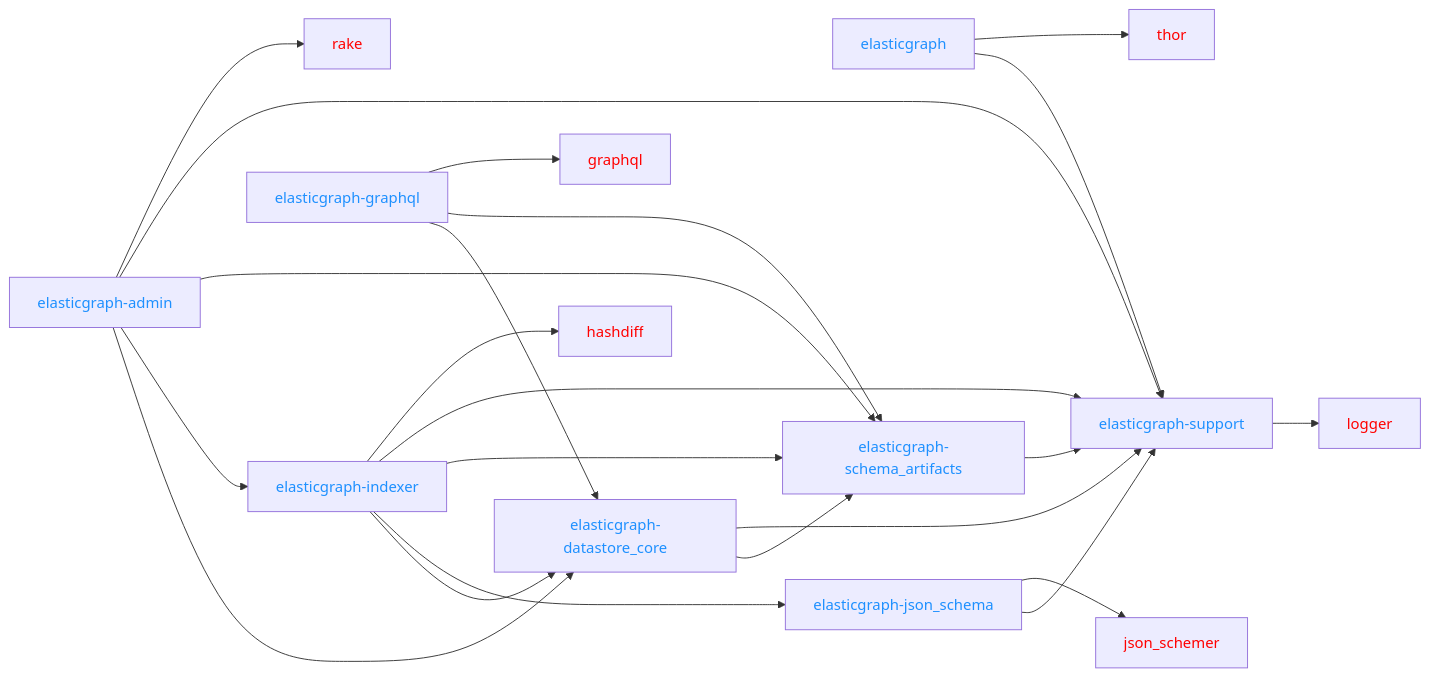
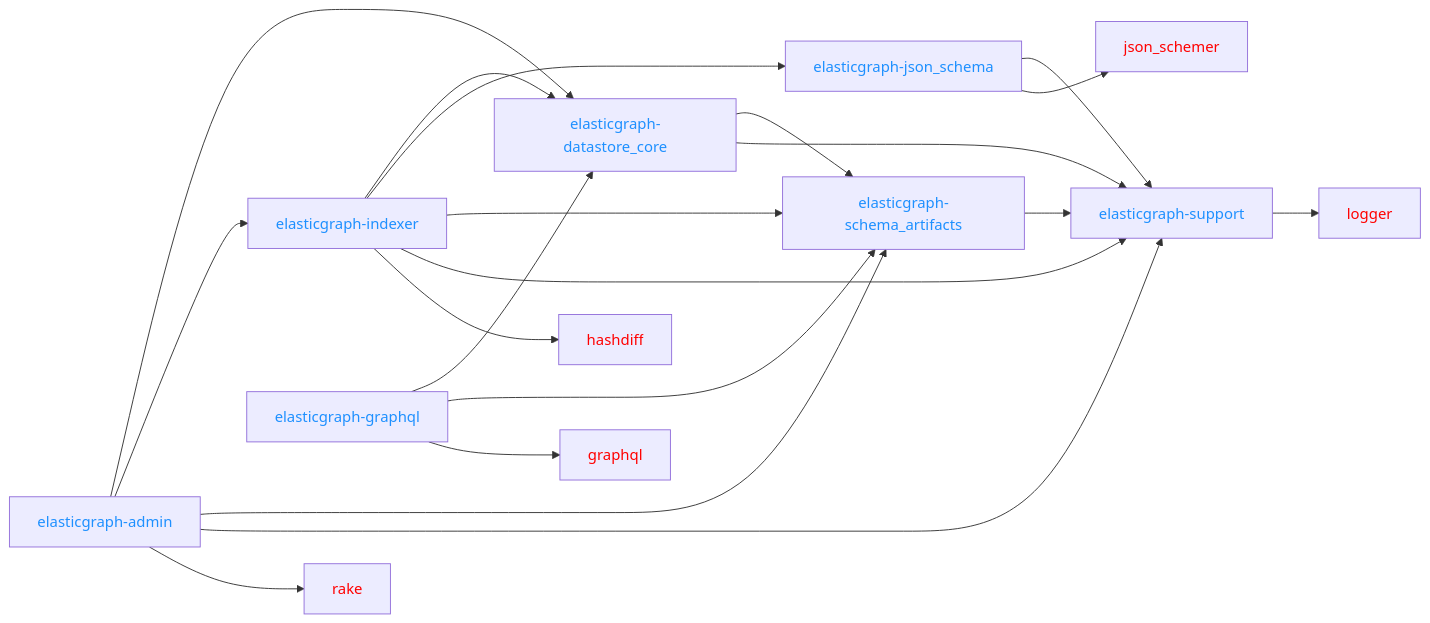
The first of 5 diagrams in CODEBASE_OVERVIEW.md (ciaran51/elasticgraph), drawn with Mermaid before and after one commit. The commit also changed 2 other files, not shown here.

Commit message:
Update CODEBASE_OVERVIEW.md. (#429)
- Move `elasticgraph` into the "local" category (it's not deployed to prod as it's only for bootstrapping).
- Update `script/update_codebase_overview` to ensure the output is in a consistent order.

````diff
--- a/CODEBASE_OVERVIEW.md
+++ b/CODEBASE_OVERVIEW.md
@@ -22,31 +21,27 @@
 ```mermaid
 graph LR;
-    elasticgraph --> elasticgraph-support & thor
     elasticgraph-admin --> elasticgraph-datastore_core & elasticgraph-indexer & elasticgraph-schema_artifacts & elasticgraph-support & rake
     elasticgraph-datastore_core --> elasticgraph-schema_artifacts & elasticgraph-support
     elasticgraph-graphql --> elasticgraph-datastore_core & elasticgraph-schema_artifacts & graphql
     elasticgraph-indexer --> elasticgraph-datastore_core & elasticgraph-json_schema & elasticgraph-schema_artifacts & elasticgraph-support & hashdiff
     elasticgraph-json_schema --> elasticgraph-support & json_schemer
     elasticgraph-schema_artifacts --> elasticgraph-support
     elasticgraph-support --> logger
-    style elasticgraph color: DodgerBlue;
     style elasticgraph-admin color: DodgerBlue;
     style elasticgraph-datastore_core color: DodgerBlue;
     style elasticgraph-graphql color: DodgerBlue;
     style elasticgraph-indexer color: DodgerBlue;
     style elasticgraph-json_schema color: DodgerBlue;
     style elasticgraph-schema_artifacts color: DodgerBlue;
     style elasticgraph-support color: DodgerBlue;
-    style thor color: Red;
     style rake color: Red;
     style graphql color: Red;
     style hashdiff color: Red;
     style json_schemer color: Red;
     style logger color: Red;
 click graphql href "https://rubygems.org/gems/graphql"
 click hashdiff href "https://rubygems.org/gems/hashdiff"
 click json_schemer href "https://rubygems.org/gems/json_schemer"
 click logger href "https://rubygems.org/gems/logger"
 click rake href "https://rubygems.org/gems/rake"
-click thor href "https://rubygems.org/gems/thor"
 ```
````
